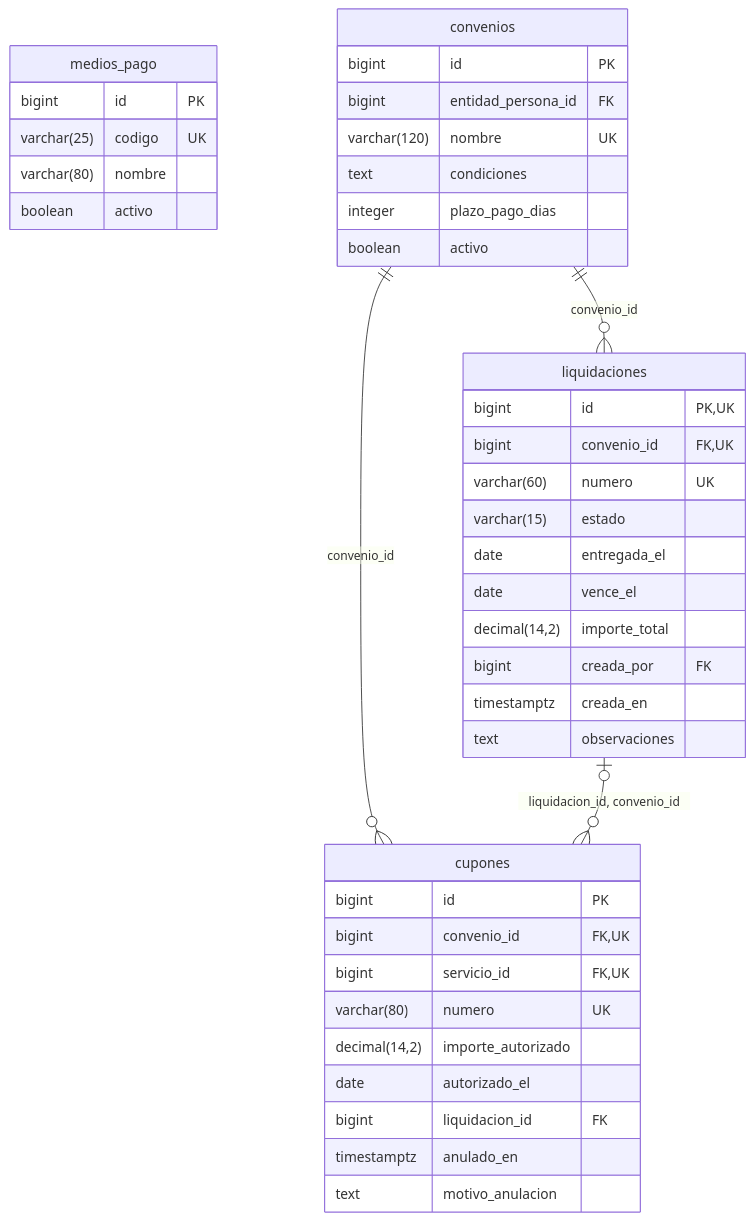
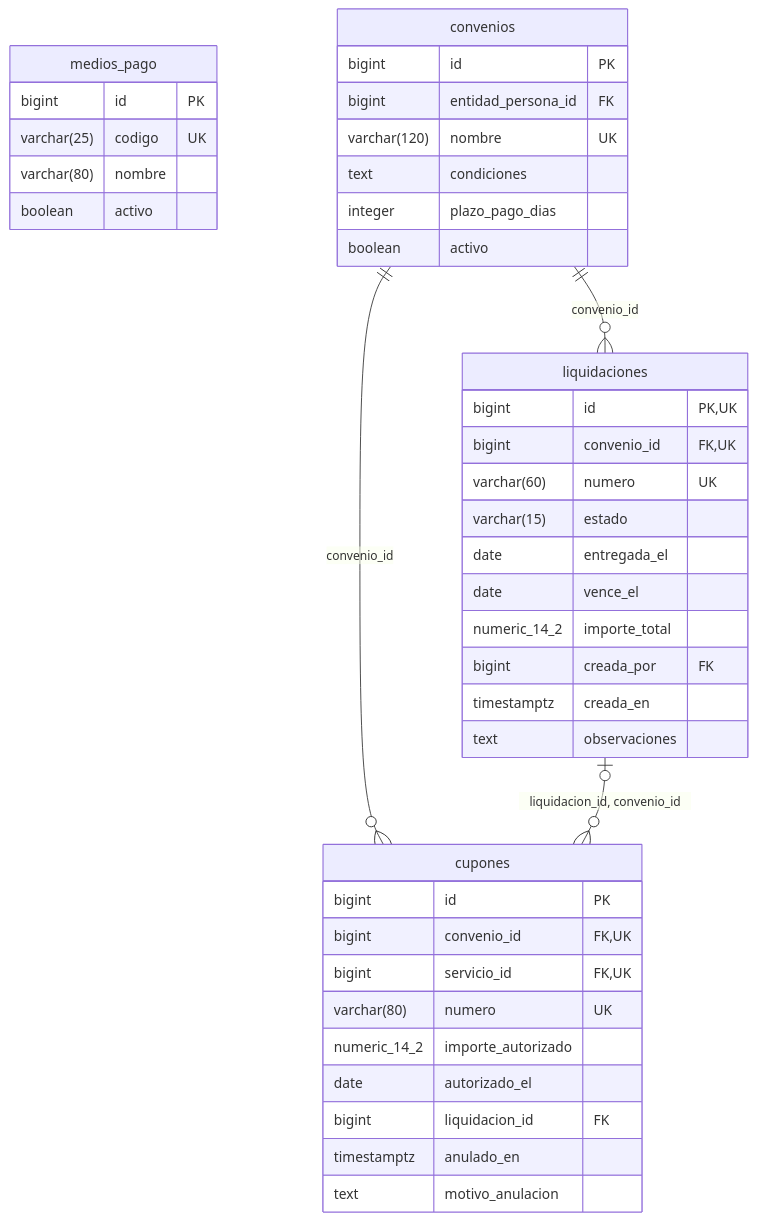
The ninth of 11 diagrams in database/DIAGRAMA_ER.md (Falliot00/TRABAJO-FINAL-INTEGRADOR), drawn with Mermaid before and after one commit. The commit also changed other lines of this file and 5 other files, not shown here.

Commit message:
docs: corregir diagramas y verificar el diseño de segunda entrega

````diff
--- a/database/DIAGRAMA_ER.md
+++ b/database/DIAGRAMA_ER.md
@@ -503,44 +503,44 @@
 ```mermaid
 erDiagram
     direction TB
     medios_pago {
         bigint id PK
         varchar(25) codigo UK
         varchar(80) nombre
         boolean activo
     }
     convenios {
         bigint id PK
         bigint entidad_persona_id FK
         varchar(120) nombre UK
         text condiciones
         integer plazo_pago_dias
         boolean activo
     }
     liquidaciones {
         bigint id PK, UK
         bigint convenio_id FK, UK
         varchar(60) numero UK
         varchar(15) estado
         date entregada_el
         date vence_el
-        decimal(14,2) importe_total
+        numeric_14_2 importe_total
         bigint creada_por FK
         timestamptz creada_en
         text observaciones
     }
     cupones {
         bigint id PK
         bigint convenio_id FK, UK
         bigint servicio_id FK, UK
         varchar(80) numero UK
-        decimal(14,2) importe_autorizado
+        numeric_14_2 importe_autorizado
         date autorizado_el
         bigint liquidacion_id FK
         timestamptz anulado_en
         text motivo_anulacion
     }
     convenios ||--o{ liquidaciones : "convenio_id"
     convenios ||--o{ cupones : "convenio_id"
     liquidaciones |o--o{ cupones : "liquidacion_id, convenio_id"
 ```
````
